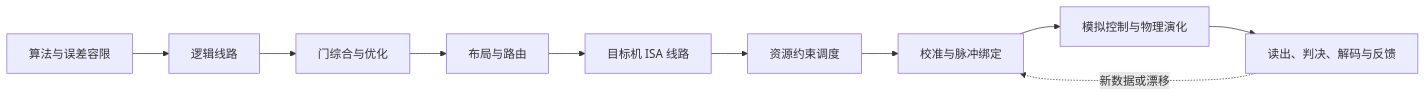
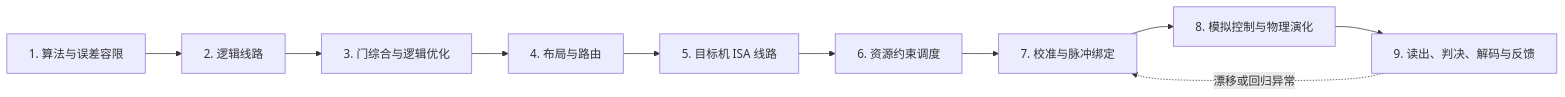
The first of 3 diagrams in handbook/14-compilation-control.md (nanless/quantum-computing-handbook), drawn with Mermaid before and after one commit. The commit also changed other lines of this file and 386 other files, not shown here.

````diff
--- a/handbook/14-compilation-control.md
+++ b/handbook/14-compilation-control.md
@@ -11,12 +15,12 @@
 ```mermaid
 flowchart LR
-  A[算法与误差容限] --> B[逻辑线路]
-  B --> C[门综合与优化]
-  C --> D[布局与路由]
-  D --> E[目标机 ISA 线路]
-  E --> F[资源约束调度]
-  F --> G[校准与脉冲绑定]
-  G --> H[模拟控制与物理演化]
-  H --> I[读出、判决、解码与反馈]
-  I -.新数据或漂移.-> G
+  A["1. 算法与误差容限"] --> B["2. 逻辑线路"]
+  B --> C["3. 门综合与逻辑优化"]
+  C --> D["4. 布局与路由"]
+  D --> E["5. 目标机 ISA 线路"]
+  E --> F["6. 资源约束调度"]
+  F --> G["7. 校准与脉冲绑定"]
+  G --> H["8. 模拟控制与物理演化"]
+  H --> I["9. 读出、判决、解码与反馈"]
+  I -. "漂移或回归异常" .-> G
 ```
````
